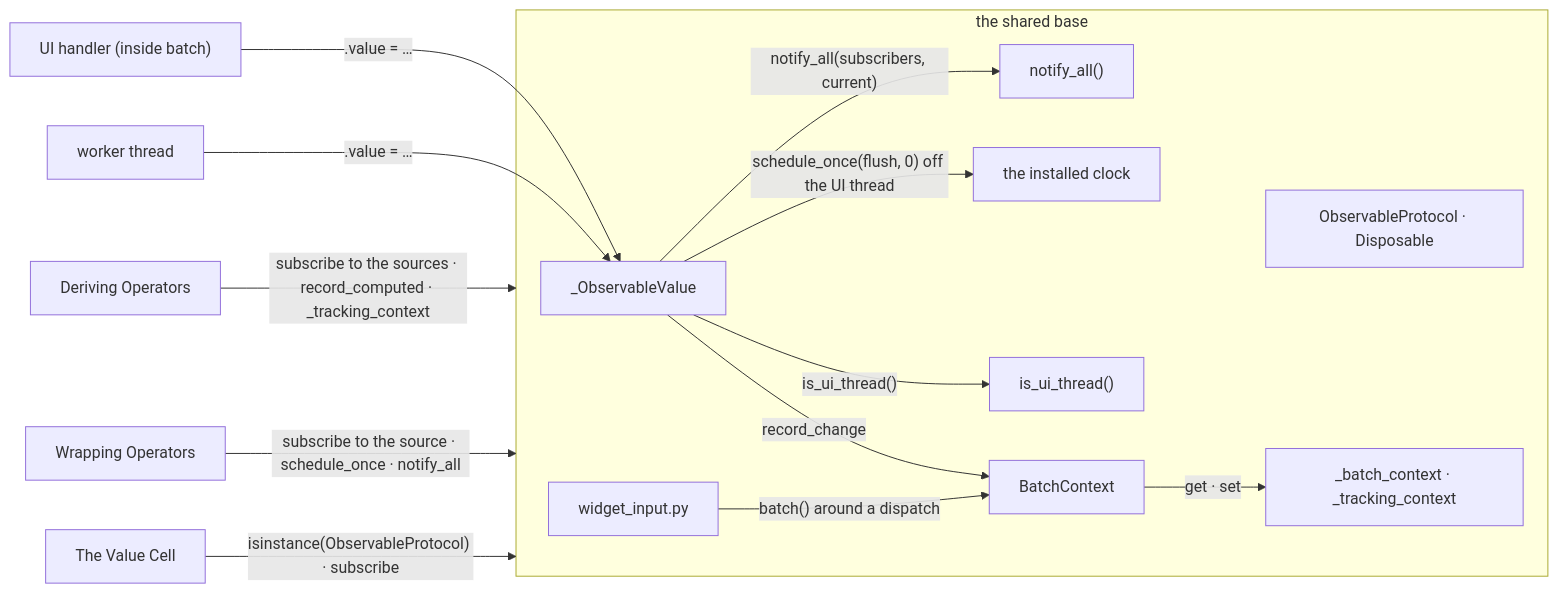
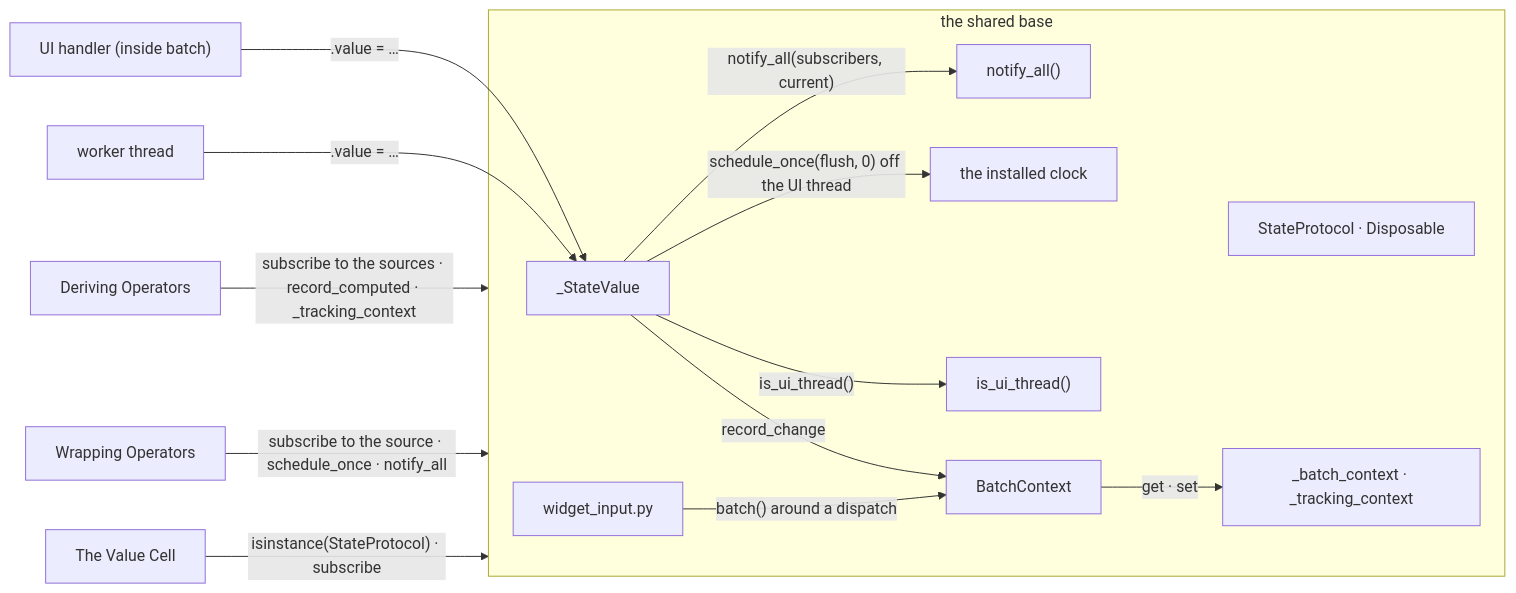
One commit to yuksblog/nuiitivet changed the first of 8 diagrams in docs/design/OBSERVABLE.md. Above: the diagram before and after it, drawn with Mermaid. The commit also changed other lines of this file and 77 other files, not shown here.

````diff
--- a/docs/design/OBSERVABLE.md
+++ b/docs/design/OBSERVABLE.md
@@ -19,30 +19,30 @@
 ```mermaid
 flowchart LR
     handler["UI handler (inside batch)"]
     worker[worker thread]
     subgraph base[the shared base]
-        value[_ObservableValue]
-        protocols["ObservableProtocol · Disposable"]
+        value[_StateValue]
+        protocols["StateProtocol · Disposable"]
         notify["notify_all()"]
         batching[BatchContext]
         contexts["_batch_context · _tracking_context"]
         clock[the installed clock]
         threading["is_ui_thread()"]
         input[widget_input.py]
     end
     deriving[Deriving Operators]
     wrapping[Wrapping Operators]
     cell[The Value Cell]
 
     handler -- ".value = …" --> value
     worker -- ".value = …" --> value
     input -- "batch() around a dispatch" --> batching
     value -- "notify_all(subscribers, current)" --> notify
     value -- "schedule_once(flush, 0) off the UI thread" --> clock
     value -- "is_ui_thread()" --> threading
     value -- "record_change" --> batching
     batching -- "get · set" --> contexts
     deriving -- "subscribe to the sources · record_computed · _tracking_context" --> base
     wrapping -- "subscribe to the source · schedule_once · notify_all" --> base
-    cell -- "isinstance(ObservableProtocol) · subscribe" --> base
+    cell -- "isinstance(StateProtocol) · subscribe" --> base
 ```
````
